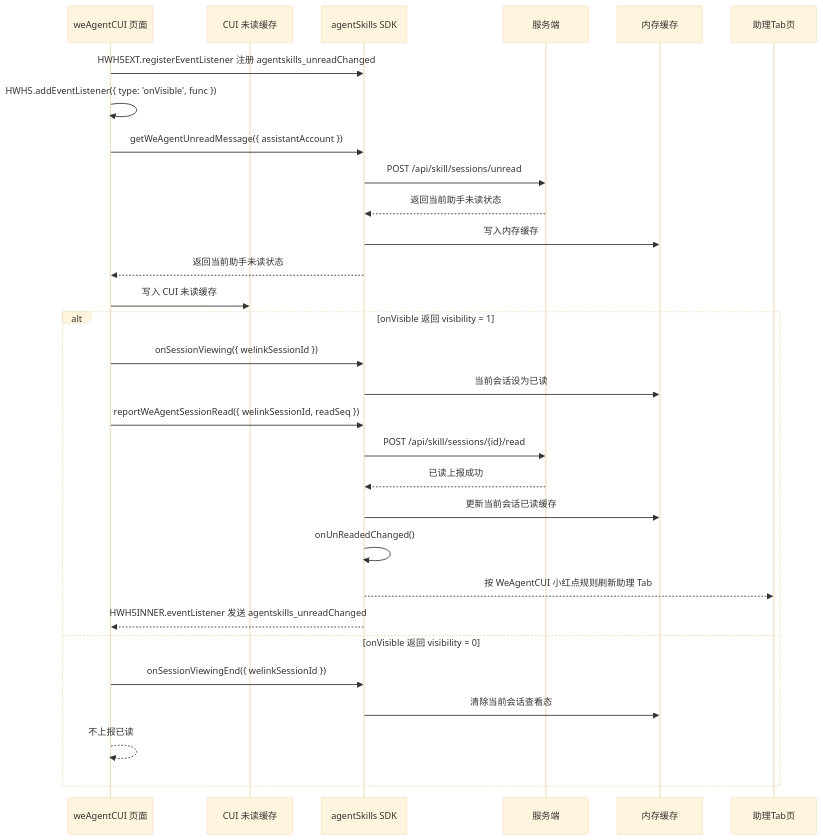
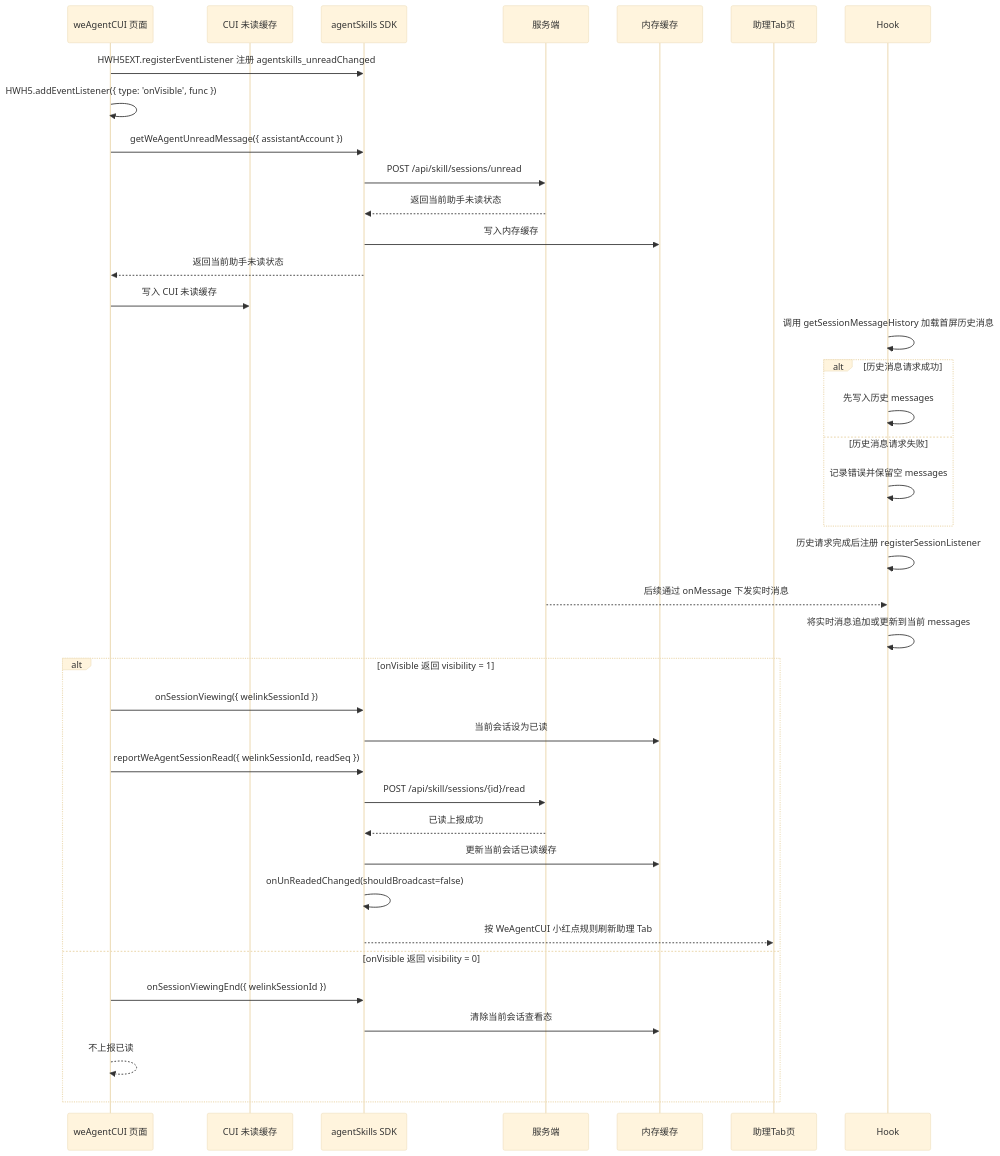
The sixth of 10 diagrams in 2026-06-11-we-agent-tab-unread-red-dot-plan.md (Abelsjcheng/skillSDK), drawn with Mermaid (base theme) before and after one commit. The commit also changed other lines of this file, not shown here.

````diff
--- a/2026-06-11-we-agent-tab-unread-red-dot-plan.md
+++ b/2026-06-11-we-agent-tab-unread-red-dot-plan.md
@@ -270,33 +271,41 @@
 ```mermaid
 sequenceDiagram
     participant CUI as weAgentCUI 页面
     participant CUICache as CUI 未读缓存
     participant SDK as agentSkills SDK
     participant Server as 服务端
     participant Memory as 内存缓存
     participant Tab as 助理Tab页
 
     CUI->>SDK: HWH5EXT.registerEventListener 注册 agentskills_unreadChanged
     CUI->>CUI: HWH5.addEventListener({ type: 'onVisible', func })
     CUI->>SDK: getWeAgentUnreadMessage({ assistantAccount })
     SDK->>Server: POST /api/skill/sessions/unread
     Server-->>SDK: 返回当前助手未读状态
     SDK->>Memory: 写入内存缓存
     SDK-->>CUI: 返回当前助手未读状态
     CUI->>CUICache: 写入 CUI 未读缓存
+    Hook->>Hook: 调用 getSessionMessageHistory 加载首屏历史消息
+    alt 历史消息请求成功
+        Hook->>Hook: 先写入历史 messages
+    else 历史消息请求失败
+        Hook->>Hook: 记录错误并保留空 messages
+    end
+    Hook->>Hook: 历史请求完成后注册 registerSessionListener
+    Server-->>Hook: 后续通过 onMessage 下发实时消息
+    Hook->>Hook: 将实时消息追加或更新到当前 messages
     alt onVisible 返回 visibility = 1
         CUI->>SDK: onSessionViewing({ welinkSessionId })
         SDK->>Memory: 当前会话设为已读
         CUI->>SDK: reportWeAgentSessionRead({ welinkSessionId, readSeq })
         SDK->>Server: POST /api/skill/sessions/{id}/read
         Server-->>SDK: 已读上报成功
         SDK->>Memory: 更新当前会话已读缓存
-        SDK->>SDK: onUnReadedChanged()
+        SDK->>SDK: onUnReadedChanged(shouldBroadcast=false)
         SDK-->>Tab: 按 WeAgentCUI 小红点规则刷新助理 Tab
-        SDK-->>CUI: HWH5INNER.eventListener 发送 agentskills_unreadChanged
     else onVisible 返回 visibility = 0
         CUI->>SDK: onSessionViewingEnd({ welinkSessionId })
         SDK->>Memory: 清除当前会话查看态
         CUI-->>CUI: 不上报已读
     end
 ```
````
